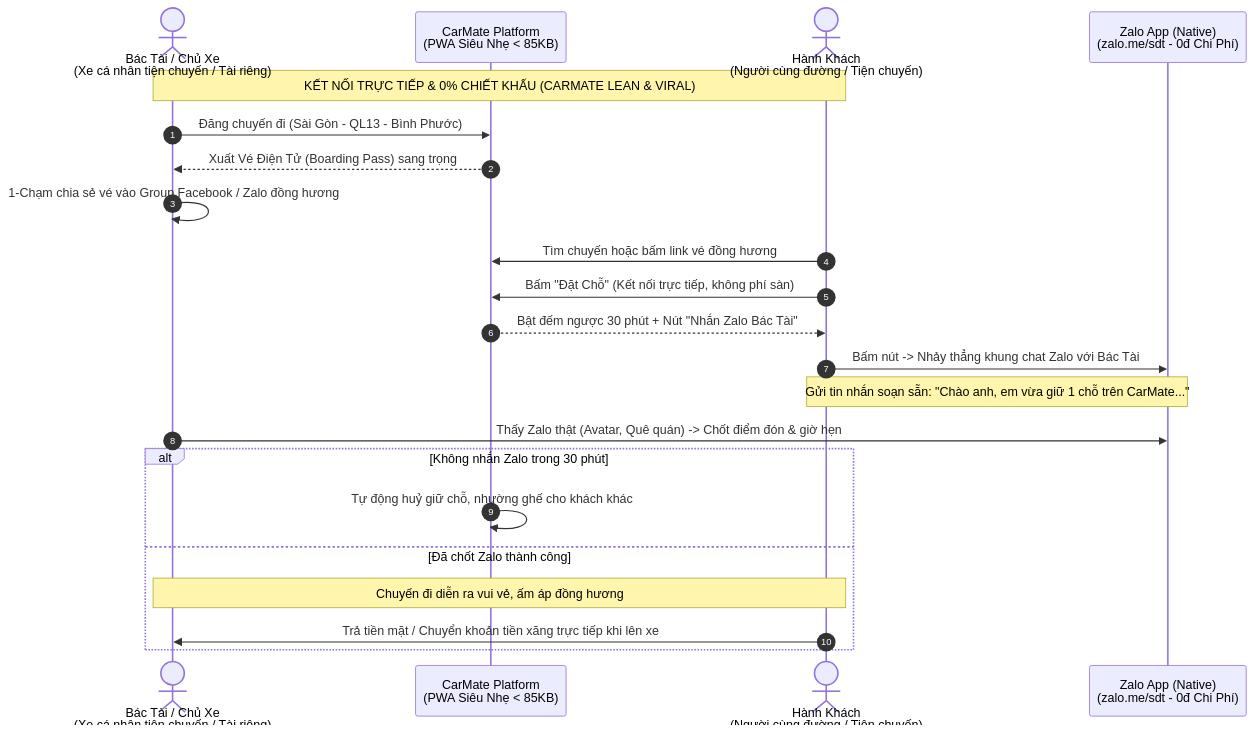
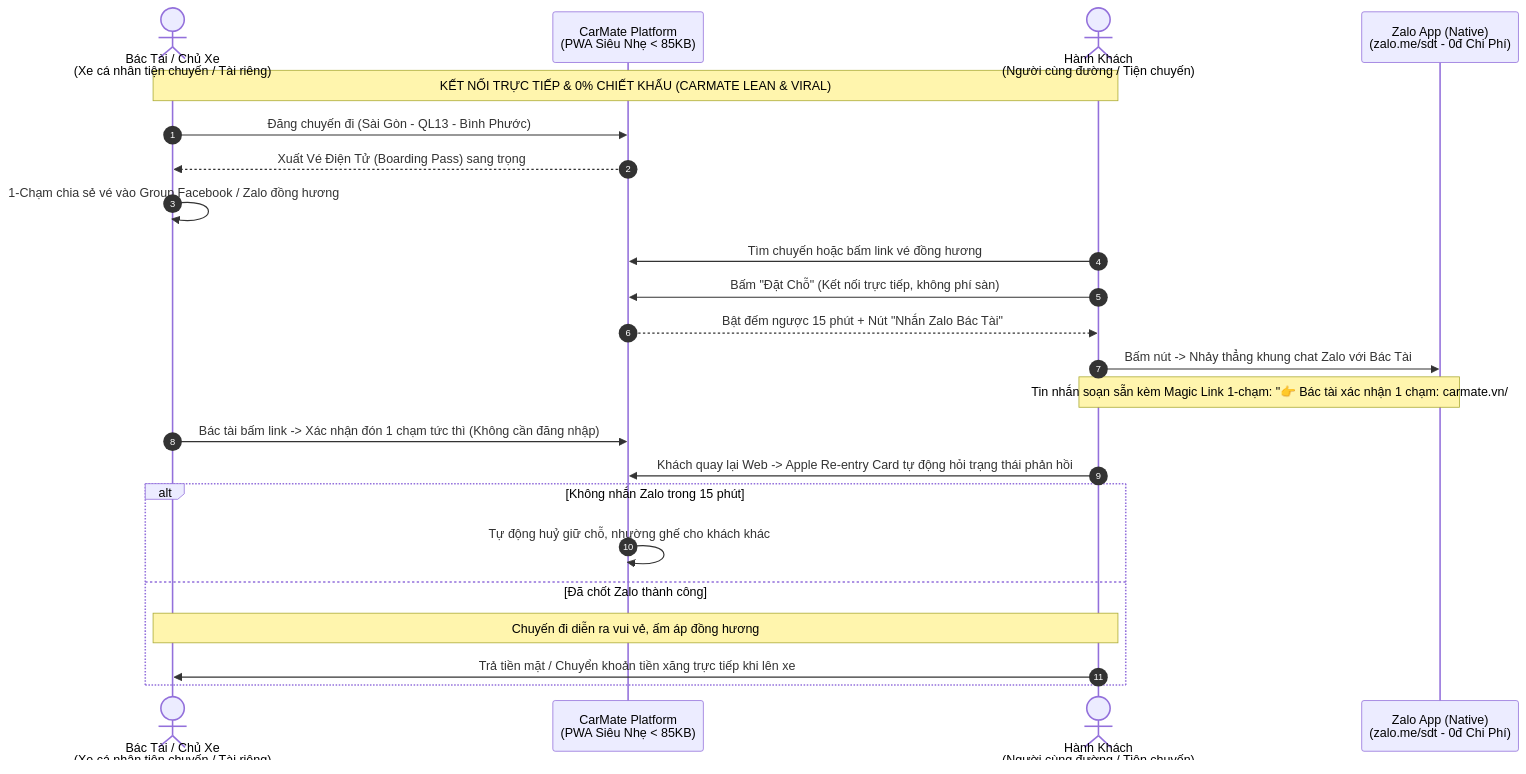
Before and after one commit to brianhuynh2021/carmate: the fourth of 5 diagrams in ARCHITECTURE.md, drawn with Mermaid. The commit also changed other lines of this file and 30 other files, not shown here.

````diff
--- a/ARCHITECTURE.md
+++ b/ARCHITECTURE.md
@@ -184,28 +184,29 @@
 ```mermaid
 sequenceDiagram
     autonumber
     actor Driver as Bác Tài / Chủ Xe<br>(Xe cá nhân tiện chuyến / Tài riêng)
     participant Platform as CarMate Platform<br>(PWA Siêu Nhẹ < 85KB)
     actor Passenger as Hành Khách<br>(Người cùng đường / Tiện chuyến)
     participant Zalo as Zalo App (Native)<br>(zalo.me/sdt - 0đ Chi Phí)
 
     Note over Driver,Passenger: KẾT NỐI TRỰC TIẾP & 0% CHIẾT KHẤU (CARMATE LEAN & VIRAL)
     Driver->>Platform: Đăng chuyến đi (Sài Gòn - QL13 - Bình Phước)
     Platform-->>Driver: Xuất Vé Điện Tử (Boarding Pass) sang trọng
     Driver->>Driver: 1-Chạm chia sẻ vé vào Group Facebook / Zalo đồng hương
 
     Passenger->>Platform: Tìm chuyến hoặc bấm link vé đồng hương
     Passenger->>Platform: Bấm "Đặt Chỗ" (Kết nối trực tiếp, không phí sàn)
-    Platform-->>Passenger: Bật đếm ngược 30 phút + Nút "Nhắn Zalo Bác Tài"
+    Platform-->>Passenger: Bật đếm ngược 15 phút + Nút "Nhắn Zalo Bác Tài"
     
     Passenger->>Zalo: Bấm nút -> Nhảy thẳng khung chat Zalo với Bác Tài
-    Note over Passenger,Zalo: Gửi tin nhắn soạn sẵn: "Chào anh, em vừa giữ 1 chỗ trên CarMate..."
-    Driver->>Zalo: Thấy Zalo thật (Avatar, Quê quán) -> Chốt điểm đón & giờ hẹn
+    Note over Passenger,Zalo: Tin nhắn soạn sẵn kèm Magic Link 1-chạm: "👉 Bác tài xác nhận 1 chạm: carmate.vn/#confirm-CX..."
+    Driver->>Platform: Bác tài bấm link -> Xác nhận đón 1 chạm tức thì (Không cần đăng nhập)
+    Passenger->>Platform: Khách quay lại Web -> Apple Re-entry Card tự động hỏi trạng thái phản hồi
     
-    alt Không nhắn Zalo trong 30 phút
+    alt Không nhắn Zalo trong 15 phút
         Platform->>Platform: Tự động huỷ giữ chỗ, nhường ghế cho khách khác
     else Đã chốt Zalo thành công
         Note over Driver,Passenger: Chuyến đi diễn ra vui vẻ, ấm áp đồng hương
         Passenger->>Driver: Trả tiền mặt / Chuyển khoản tiền xăng trực tiếp khi lên xe
     end
 ```
````
